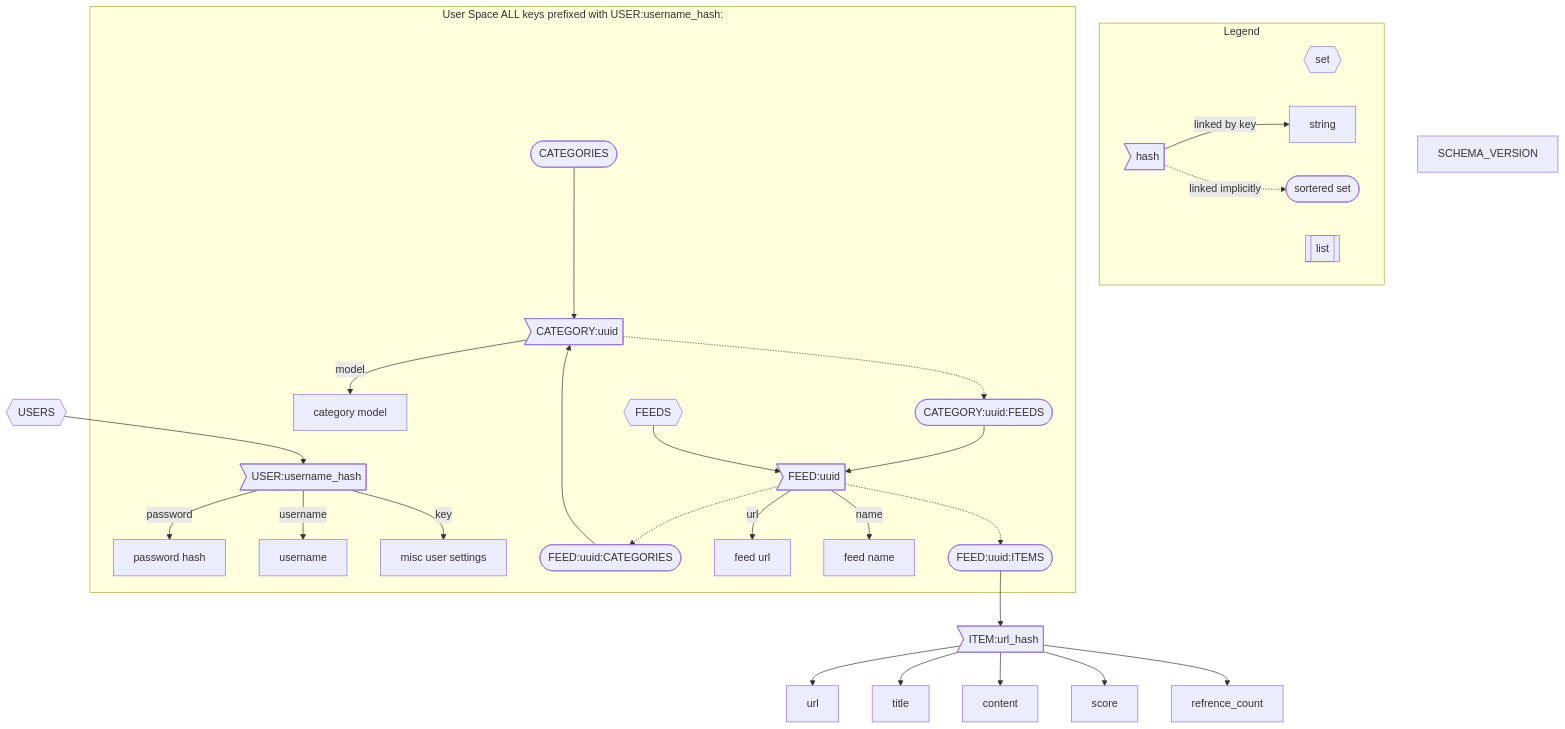
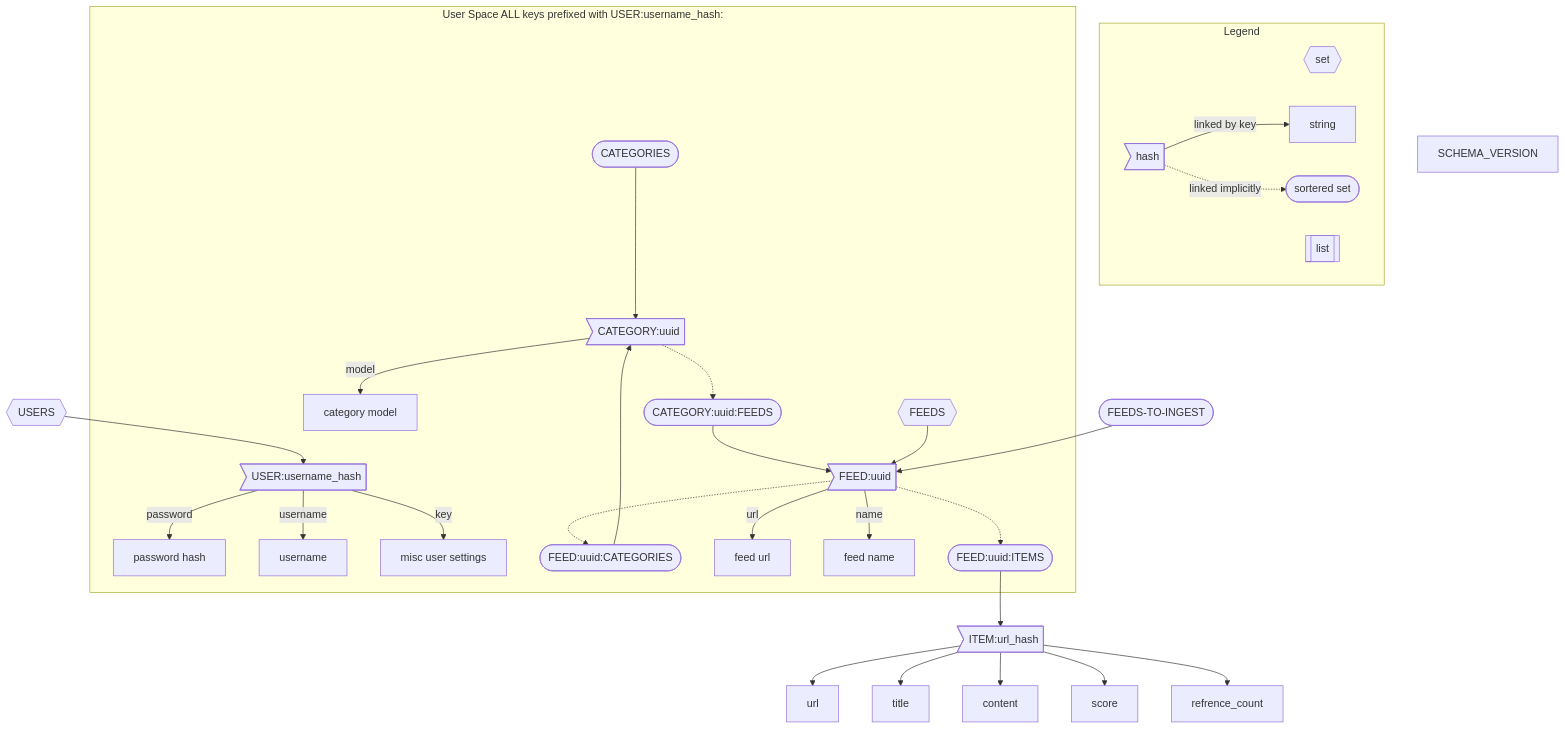
Before and after one commit to mullinmax/aggy: the diagram in README.md, drawn with Mermaid. The commit also changed 6 other files, not shown here.

Commit message:
significantly reworked but not actually processing feeds when parse_next_feed is called

````diff
--- a/README.md
+++ b/README.md
@@ -24,58 +24,59 @@
 ```mermaid
 flowchart TB
 
     subgraph Legend
         direction LR
         set{{set}}
         sorted_set([sortered set])
         string[string]
         hash>hash]
         list[[list]]
         hash --linked by key-->string
         hash -.linked implicitly.-> sorted_set
     end
 
     subgraph User Space ALL keys prefixed with USER:username_hash:
         user>USER:username_hash] 
         user--password--> password_hash[password hash]
         user--username--> username[username]
         user--key-->misc_user_settings[misc user settings]
         
         categories([CATEGORIES])
         category>CATEGORY:uuid]
         category_model[category model]
         category_feeds([CATEGORY:uuid:FEEDS])
         feed_categories([FEED:uuid:CATEGORIES])
         feeds{{FEEDS}}
         feed>FEED:uuid]
         feed_url[feed url]
         feed_name[feed name]
         items([FEED:uuid:ITEMS])
 
         
         categories --> category
         
         category --model--> category_model
         category -.-> category_feeds
         category_feeds --> feed
         feeds --> feed
         feed -.-> feed_categories
         feed_categories --> category
         feed --url--> feed_url
         feed --name--> feed_name
         feed -.-> items
 
         
     end
 
     items-->item
     item>ITEM:url_hash]
     item-->url
     item-->title
     item-->content
     item-->score
     item-->refrence_count
     schema_version[SCHEMA_VERSION]
     users{{USERS}} --> user
+    feeds_to_ingest([FEEDS-TO-INGEST]) --> feed
 
 ```
````
